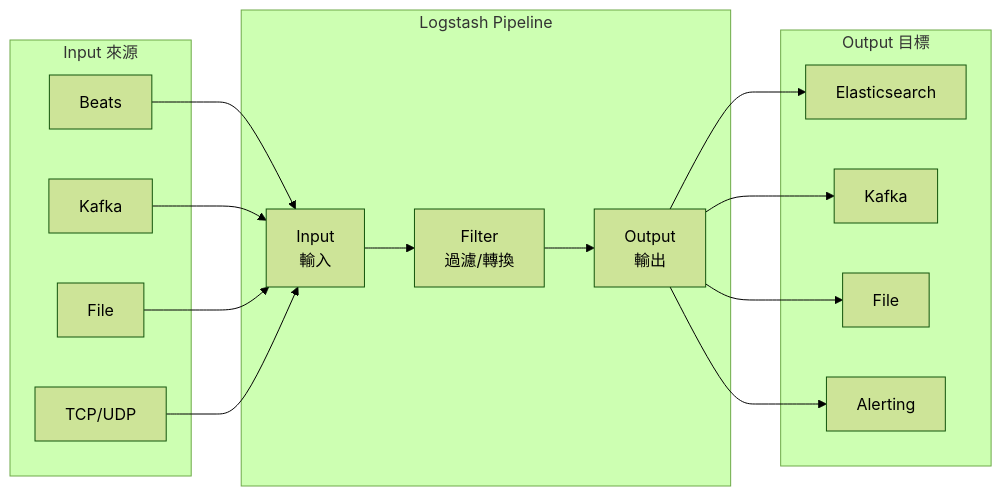
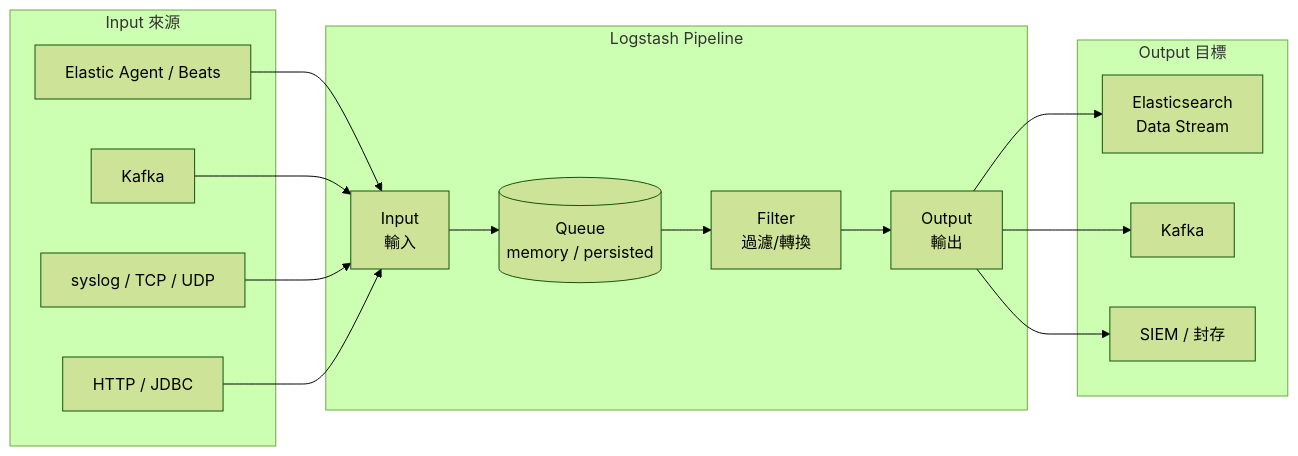
One commit to chihhung/Blog changed the fourth of 19 diagrams in content/posts/教學/工具/Logs Visualization教學手冊.md. Above: the diagram before and after it, drawn with Mermaid (forest theme). The commit also changed other lines of this file and 8 other files, not shown here.

````diff
--- a/content/posts/教學/工具/Logs Visualization教學手冊.md
+++ b/content/posts/教學/工具/Logs Visualization教學手冊.md
@@ -324,21 +568,21 @@
 ```mermaid
 graph LR
     subgraph "Logstash Pipeline"
-        I[Input<br/>輸入] --> F[Filter<br/>過濾/轉換]
+        I[Input<br/>輸入] --> Q[(Queue<br/>memory / persisted)]
+        Q --> F[Filter<br/>過濾/轉換]
         F --> O[Output<br/>輸出]
     end
-    
+
     subgraph "Input 來源"
-        I1[Beats] --> I
+        I1[Elastic Agent / Beats] --> I
         I2[Kafka] --> I
-        I3[File] --> I
-        I4[TCP/UDP] --> I
+        I3[syslog / TCP / UDP] --> I
+        I4[HTTP / JDBC] --> I
     end
-    
+
     subgraph "Output 目標"
-        O --> O1[Elasticsearch]
+        O --> O1[Elasticsearch<br/>Data Stream]
         O --> O2[Kafka]
-        O --> O3[File]
-        O --> O4[Alerting]
+        O --> O3[SIEM / 封存]
     end
 ```
````
